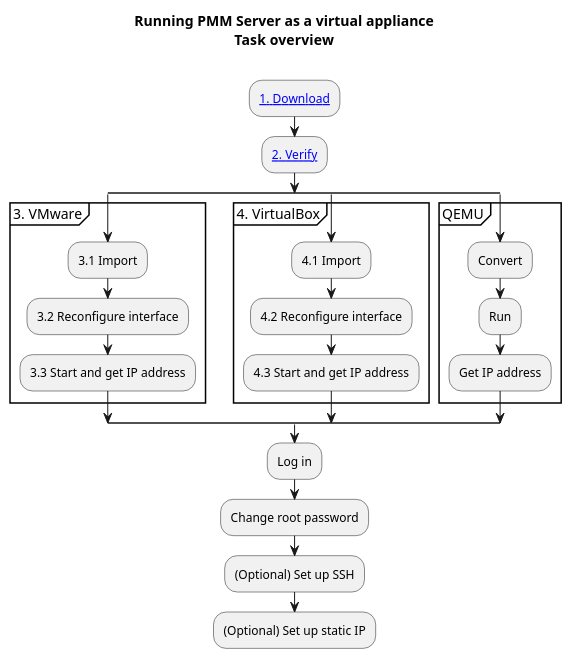
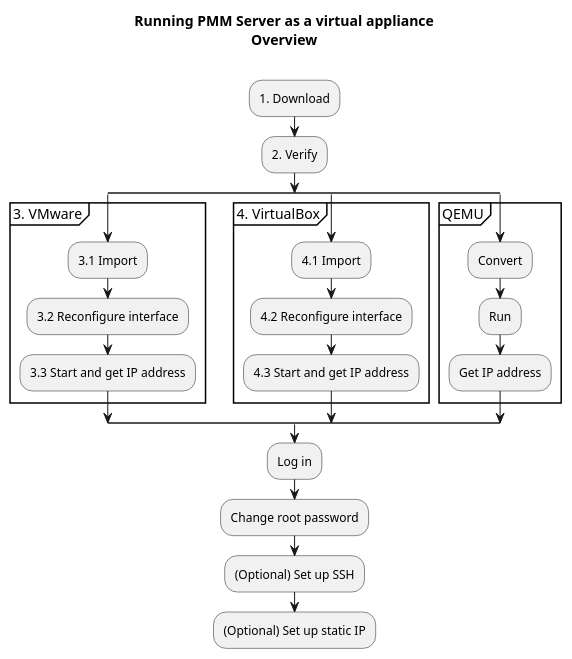
Before and after one commit to percona/pmm-doc: the diagram in _resources/diagrams/Setting-Up_Server_Virtual-Appliance.puml, drawn with PlantUML. The commit also changed 1 other file, not shown here.

```diff
--- a/_resources/diagrams/Setting-Up_Server_Virtual-Appliance.puml
+++ b/_resources/diagrams/Setting-Up_Server_Virtual-Appliance.puml
@@ -7,38 +7,38 @@
-@startuml
-title Running PMM Server as a virtual appliance\nTask overview\n
+@startuml "setting-up_server_virtual-appliance"
+title Running PMM Server as a virtual appliance\nOverview\n
 
-:[[#1-download 1. Download]];
-:[[#2-verify 2. Verify]];
+:1. Download;
+:2. Verify;
 
 split
 partition "3. VMware" {
 	:3.1 Import;
 	:3.2 Reconfigure interface;
 	:3.3 Start and get IP address;
 }
 
 split again
 partition "4. VirtualBox" {
 	:4.1 Import;
 	:4.2 Reconfigure interface;
 	:4.3 Start and get IP address;
 }
 
 split again
 
 partition QEMU {
 :Convert;
 :Run;
 :Get IP address;
 }
 
 
 end split
 
 :Log in;
 :Change root password;
 
 :(Optional) Set up SSH;
 :(Optional) Set up static IP;
 
 @enduml
```
